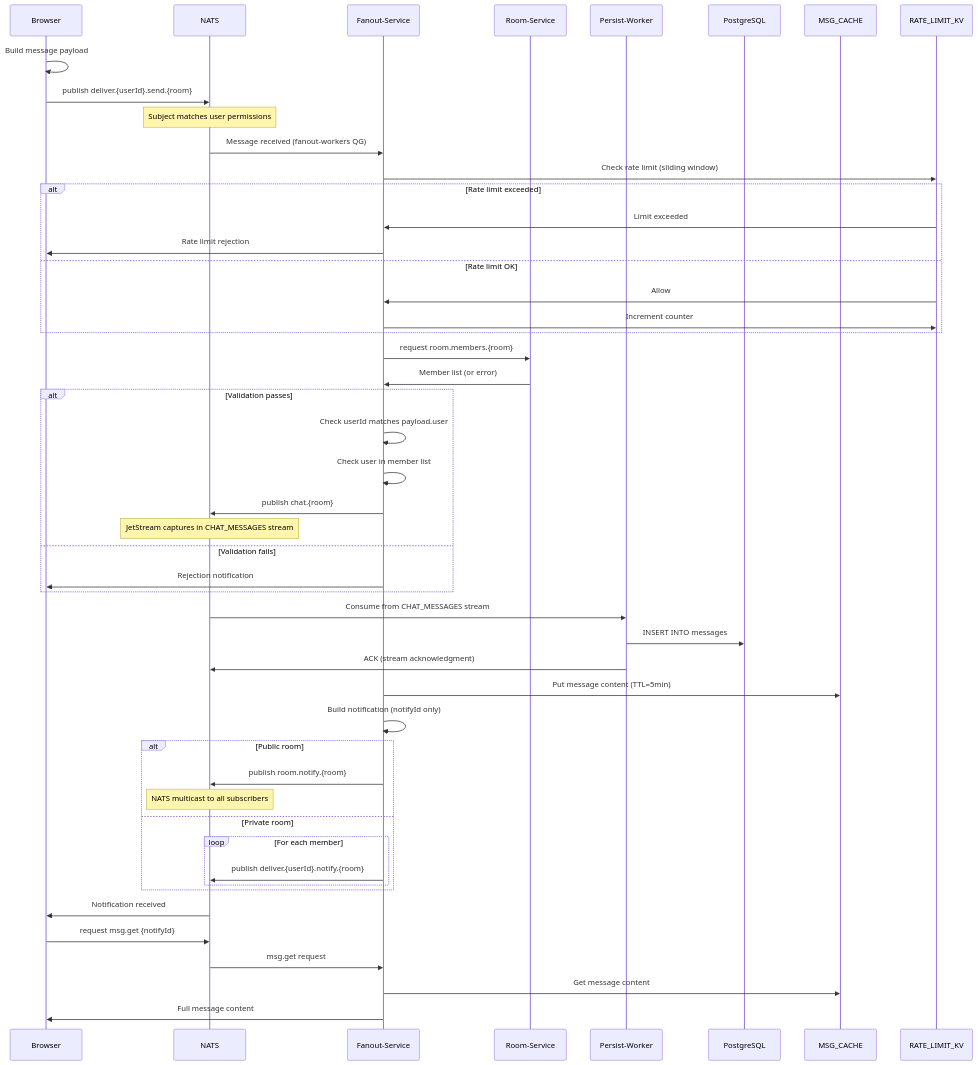
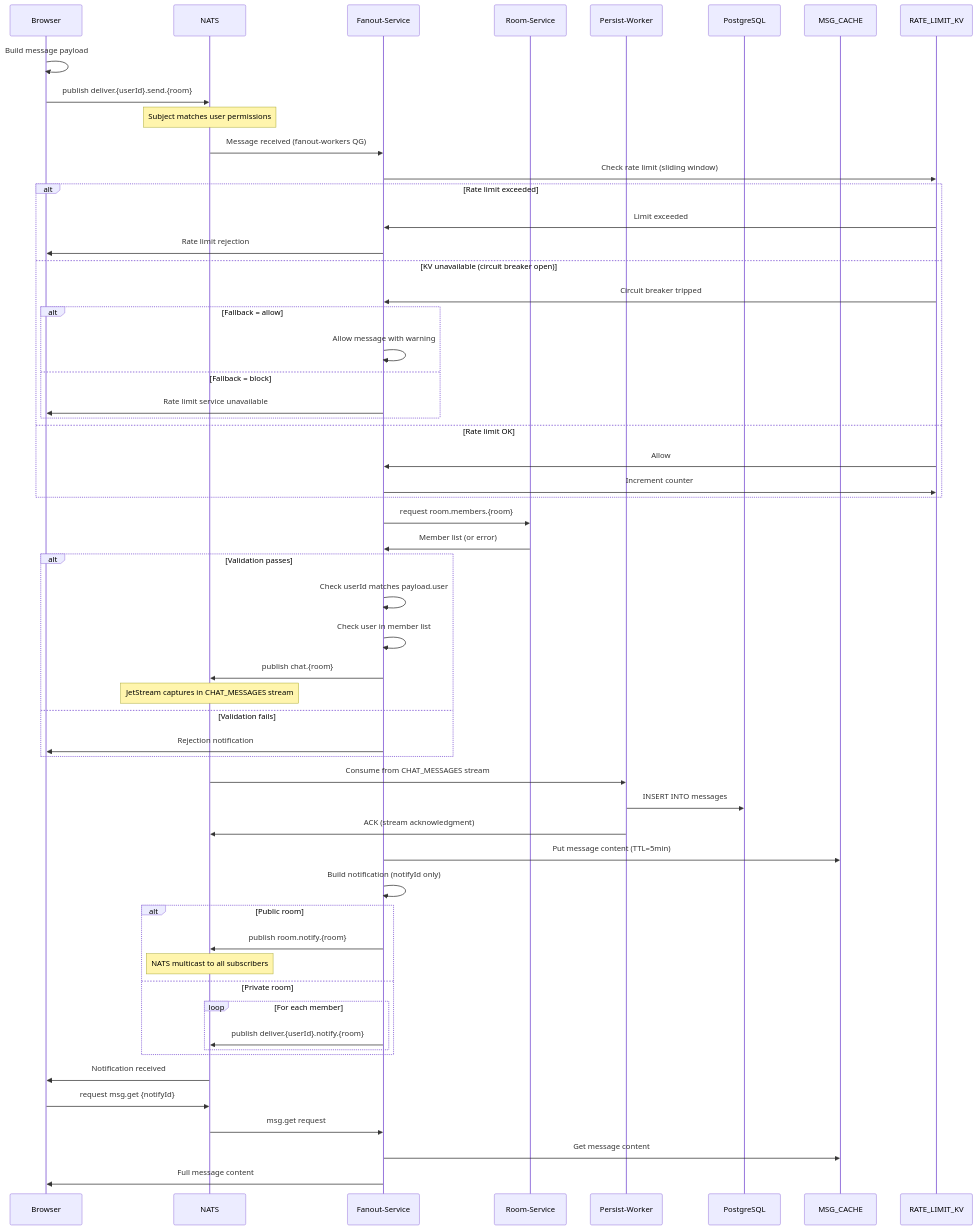
The second of 9 diagrams in docs/seq.md (julianshen/nats-chat-keycloak), drawn with Mermaid before and after one commit. The commit also changed 3 other files, not shown here.

First line of the commit message:
feat(fanout): enhance rate limiting with circuit breaker and fallback

````diff
--- a/docs/seq.md
+++ b/docs/seq.md
@@ -51,60 +51,67 @@
 ```mermaid
 sequenceDiagram
     participant B as Browser
     participant N as NATS
     participant F as Fanout-Service
     participant R as Room-Service
     participant P as Persist-Worker
     participant DB as PostgreSQL
     participant KV as MSG_CACHE
     participant RL as RATE_LIMIT_KV
 
     B->>B: Build message payload
     B->>N: publish deliver.{userId}.send.{room}
     Note over N: Subject matches user permissions
 
     N->>F: Message received (fanout-workers QG)
     
     F->>RL: Check rate limit (sliding window)
     alt Rate limit exceeded
         RL->>F: Limit exceeded
         F->>B: Rate limit rejection
+    else KV unavailable (circuit breaker open)
+        RL->>F: Circuit breaker tripped
+        alt Fallback = allow
+            F->>F: Allow message with warning
+        else Fallback = block
+            F->>B: Rate limit service unavailable
+        end
     else Rate limit OK
         RL->>F: Allow
         F->>RL: Increment counter
     end
     
     F->>R: request room.members.{room}
     R->>F: Member list (or error)
     
     alt Validation passes
         F->>F: Check userId matches payload.user
         F->>F: Check user in member list
         F->>N: publish chat.{room}
         Note over N: JetStream captures in CHAT_MESSAGES stream
     else Validation fails
         F->>B: Rejection notification
     end
 
     N->>P: Consume from CHAT_MESSAGES stream
     P->>DB: INSERT INTO messages
     P->>N: ACK (stream acknowledgment)
 
     F->>KV: Put message content (TTL=5min)
     F->>F: Build notification (notifyId only)
     
     alt Public room
         F->>N: publish room.notify.{room}
         Note over N: NATS multicast to all subscribers
     else Private room
         loop For each member
             F->>N: publish deliver.{userId}.notify.{room}
         end
     end
 
     N->>B: Notification received
     B->>N: request msg.get {notifyId}
     N->>F: msg.get request
     F->>KV: Get message content
     F->>B: Full message content
 ```
````
